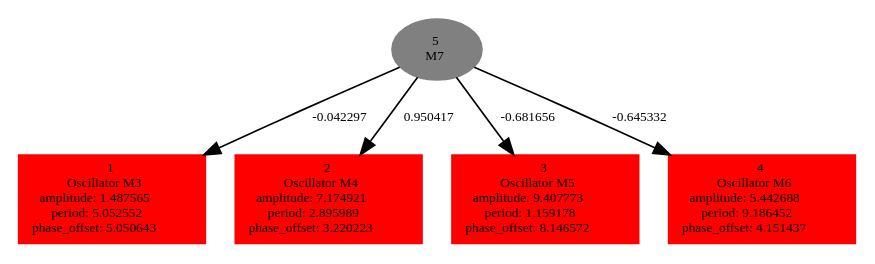
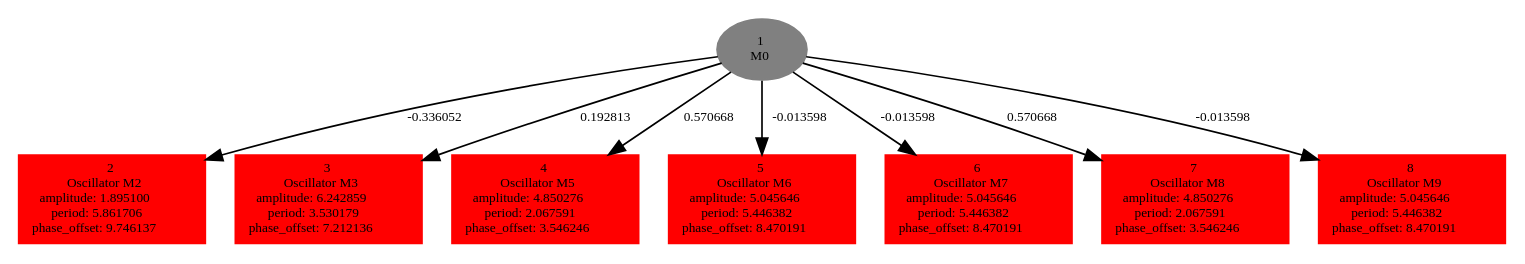
Before and after one commit to karinemiras/l-system: the diagram in experiments/locomotion1/offspringpop7/tempbrain.dot, drawn with Graphviz. The commit also changed 83 other files, not shown here.

```diff
--- a/experiments/locomotion1/offspringpop7/tempbrain.dot
+++ b/experiments/locomotion1/offspringpop7/tempbrain.dot
@@ -1,11 +1,17 @@
  digraph g{ forcelabels=true;
-1 [label=<1<BR />Oscillator M3<BR /> amplitude: 1.487565<BR /> period: 5.052552<BR /> phase_offset: 5.050643>, shape=box,color=red,style=filled,fontsize=8];
-2 [label=<2<BR />Oscillator M4<BR /> amplitude: 7.174921<BR /> period: 2.895989<BR /> phase_offset: 3.220223>, shape=box,color=red,style=filled,fontsize=8];
-3 [label=<3<BR />Oscillator M5<BR /> amplitude: 9.407773<BR /> period: 1.159178<BR /> phase_offset: 8.146572>, shape=box,color=red,style=filled,fontsize=8];
-4 [label=<4<BR />Oscillator M6<BR /> amplitude: 5.442688<BR /> period: 9.186452<BR /> phase_offset: 4.151437>, shape=box,color=red,style=filled,fontsize=8];
-5[label=<5<BR/>M7>,color="grey",style=filled,fontsize=8];
-5 -> 1[label="-0.042297 ",fontsize="8"];
-5 -> 2[label="0.950417 ",fontsize="8"];
-5 -> 3[label="-0.681656 ",fontsize="8"];
-5 -> 4[label="-0.645332 ",fontsize="8"];
+1[label=<1<BR/>M0>,color="grey",style=filled,fontsize=8];
+2 [label=<2<BR />Oscillator M2<BR /> amplitude: 1.895100<BR /> period: 5.861706<BR /> phase_offset: 9.746137>, shape=box,color=red,style=filled,fontsize=8];
+3 [label=<3<BR />Oscillator M3<BR /> amplitude: 6.242859<BR /> period: 3.530179<BR /> phase_offset: 7.212136>, shape=box,color=red,style=filled,fontsize=8];
+4 [label=<4<BR />Oscillator M5<BR /> amplitude: 4.850276<BR /> period: 2.067591<BR /> phase_offset: 3.546246>, shape=box,color=red,style=filled,fontsize=8];
+5 [label=<5<BR />Oscillator M6<BR /> amplitude: 5.045646<BR /> period: 5.446382<BR /> phase_offset: 8.470191>, shape=box,color=red,style=filled,fontsize=8];
+6 [label=<6<BR />Oscillator M7<BR /> amplitude: 5.045646<BR /> period: 5.446382<BR /> phase_offset: 8.470191>, shape=box,color=red,style=filled,fontsize=8];
+7 [label=<7<BR />Oscillator M8<BR /> amplitude: 4.850276<BR /> period: 2.067591<BR /> phase_offset: 3.546246>, shape=box,color=red,style=filled,fontsize=8];
+8 [label=<8<BR />Oscillator M9<BR /> amplitude: 5.045646<BR /> period: 5.446382<BR /> phase_offset: 8.470191>, shape=box,color=red,style=filled,fontsize=8];
+1 -> 2[label="-0.336052 ",fontsize="8"];
+1 -> 3[label="0.192813 ",fontsize="8"];
+1 -> 4[label="0.570668 ",fontsize="8"];
+1 -> 5[label="-0.013598 ",fontsize="8"];
+1 -> 6[label="-0.013598 ",fontsize="8"];
+1 -> 7[label="0.570668 ",fontsize="8"];
+1 -> 8[label="-0.013598 ",fontsize="8"];
  }
```
